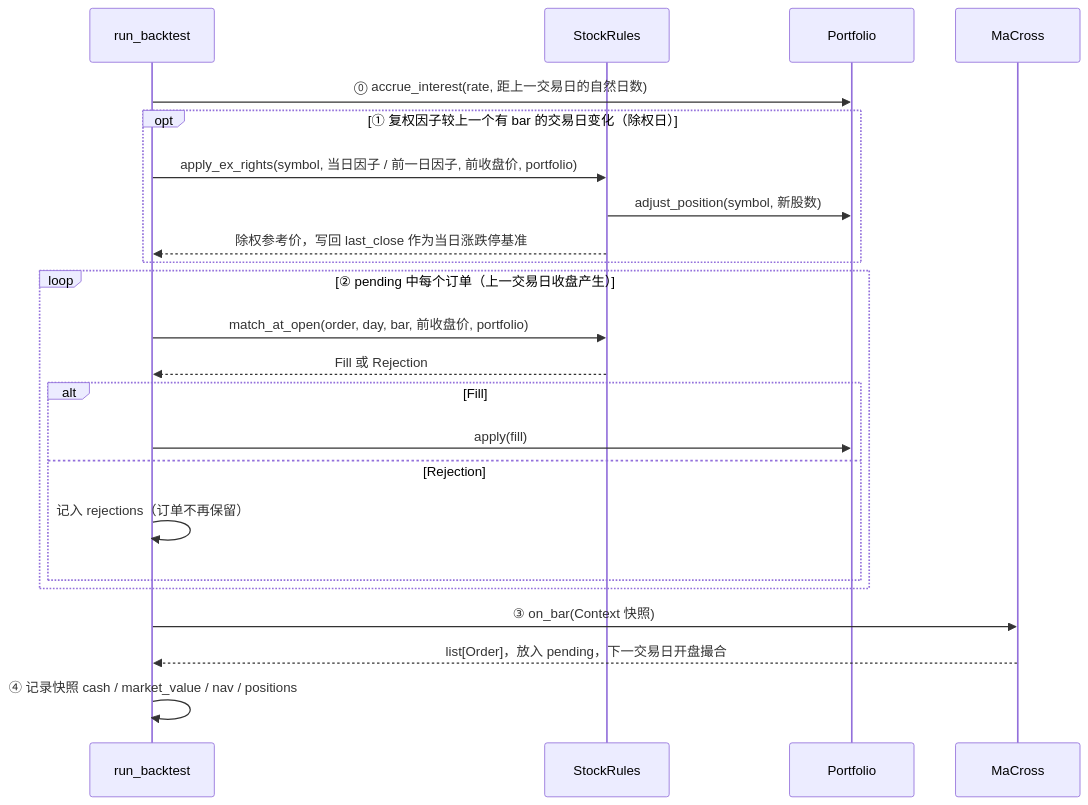
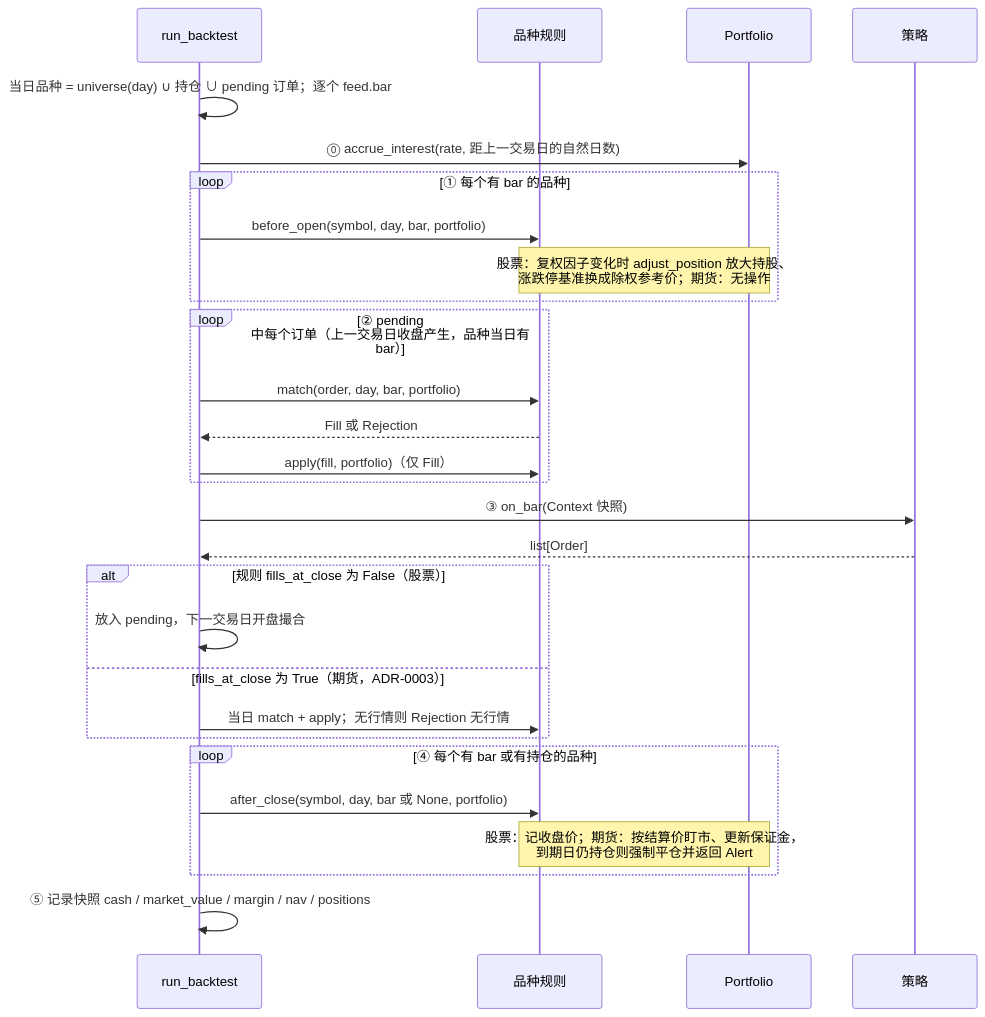
One commit to guevara12345/quant changed the seventh of 25 diagrams in docs/code-walkthrough.md. Above: the diagram before and after it, drawn with Mermaid. The commit also changed other lines of this file and 33 other files, not shown here.

````diff
--- a/docs/code-walkthrough.md
+++ b/docs/code-walkthrough.md
@@ -387,26 +474,31 @@
 ```mermaid
 sequenceDiagram
     participant E as run_backtest
-    participant R as StockRules
+    participant R as 品种规则
     participant P as Portfolio
-    participant ST as MaCross
+    participant ST as 策略
 
+    E->>E: 当日品种 = universe(day) ∪ 持仓 ∪ pending 订单；逐个 feed.bar
     E->>P: ⓪ accrue_interest(rate, 距上一交易日的自然日数)
-    opt ① 复权因子较上一个有 bar 的交易日变化（除权日）
-        E->>R: apply_ex_rights(symbol, 当日因子 / 前一日因子, 前收盘价, portfolio)
-        R->>P: adjust_position(symbol, 新股数)
-        R-->>E: 除权参考价，写回 last_close 作为当日涨跌停基准
+    loop ① 每个有 bar 的品种
+        E->>R: before_open(symbol, day, bar, portfolio)
+        Note over R,P: 股票：复权因子变化时 adjust_position 放大持股、<br/>涨跌停基准换成除权参考价；期货：无操作
     end
-    loop ② pending 中每个订单（上一交易日收盘产生）
-        E->>R: match_at_open(order, day, bar, 前收盘价, portfolio)
+    loop ② pending 中每个订单（上一交易日收盘产生，品种当日有 bar）
+        E->>R: match(order, day, bar, portfolio)
         R-->>E: Fill 或 Rejection
-        alt Fill
-            E->>P: apply(fill)
-        else Rejection
-            E->>E: 记入 rejections（订单不再保留）
-        end
+        E->>R: apply(fill, portfolio)（仅 Fill）
     end
     E->>ST: ③ on_bar(Context 快照)
-    ST-->>E: list[Order]，放入 pending，下一交易日开盘撮合
-    E->>E: ④ 记录快照 cash / market_value / nav / positions
+    ST-->>E: list[Order]
+    alt 规则 fills_at_close 为 False（股票）
+        E->>E: 放入 pending，下一交易日开盘撮合
+    else fills_at_close 为 True（期货，ADR-0003）
+        E->>R: 当日 match + apply；无行情则 Rejection 无行情
+    end
+    loop ④ 每个有 bar 或有持仓的品种
+        E->>R: after_close(symbol, day, bar 或 None, portfolio)
+        Note over R,P: 股票：记收盘价；期货：按结算价盯市、更新保证金，<br/>到期日仍持仓则强制平仓并返回 Alert
+    end
+    E->>E: ⑤ 记录快照 cash / market_value / margin / nav / positions
 ```
````
